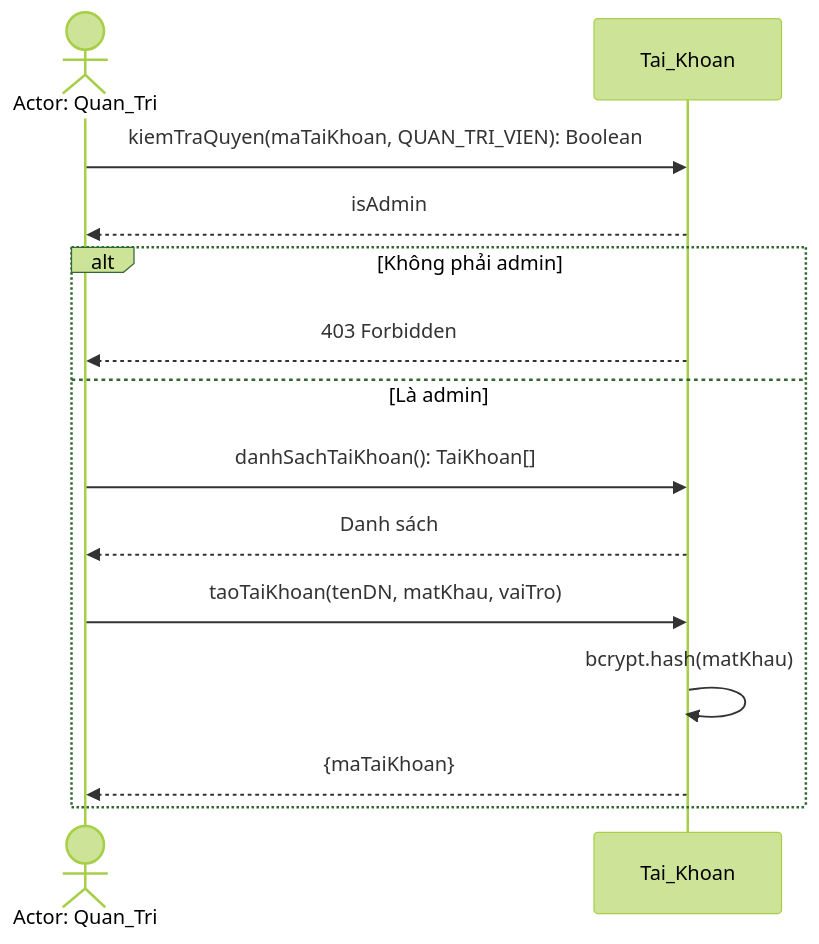
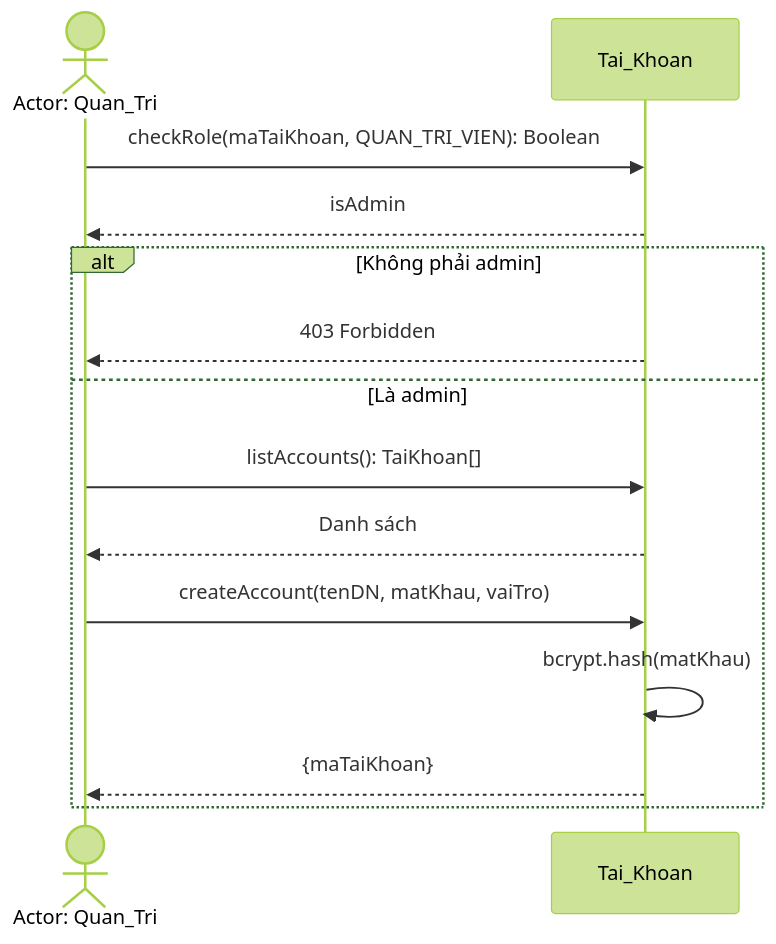
Diagram 11 of 18 in .kiro/document/BaoCao_PhanTich_ThietKe.md (NPhamDoan/FULL_QLThuVien), drawn with Mermaid (forest theme) before and after one commit. The commit also changed other lines of this file and 37 other files, not shown here.

````diff
--- a/.kiro/document/BaoCao_PhanTich_ThietKe.md
+++ b/.kiro/document/BaoCao_PhanTich_ThietKe.md
@@ -312,17 +321,17 @@
 ```mermaid
 sequenceDiagram
     actor QT as Actor: Quan_Tri
     participant TK as Tai_Khoan
     
-    QT->>TK: kiemTraQuyen(maTaiKhoan, QUAN_TRI_VIEN): Boolean
+    QT->>TK: checkRole(maTaiKhoan, QUAN_TRI_VIEN): Boolean
     TK-->>QT: isAdmin
     alt Không phải admin
         TK-->>QT: 403 Forbidden
     else Là admin
-        QT->>TK: danhSachTaiKhoan(): TaiKhoan[]
+        QT->>TK: listAccounts(): TaiKhoan[]
         TK-->>QT: Danh sách
-        QT->>TK: taoTaiKhoan(tenDN, matKhau, vaiTro)
+        QT->>TK: createAccount(tenDN, matKhau, vaiTro)
         TK->>TK: bcrypt.hash(matKhau)
         TK-->>QT: {maTaiKhoan}
     end
 ```
````
